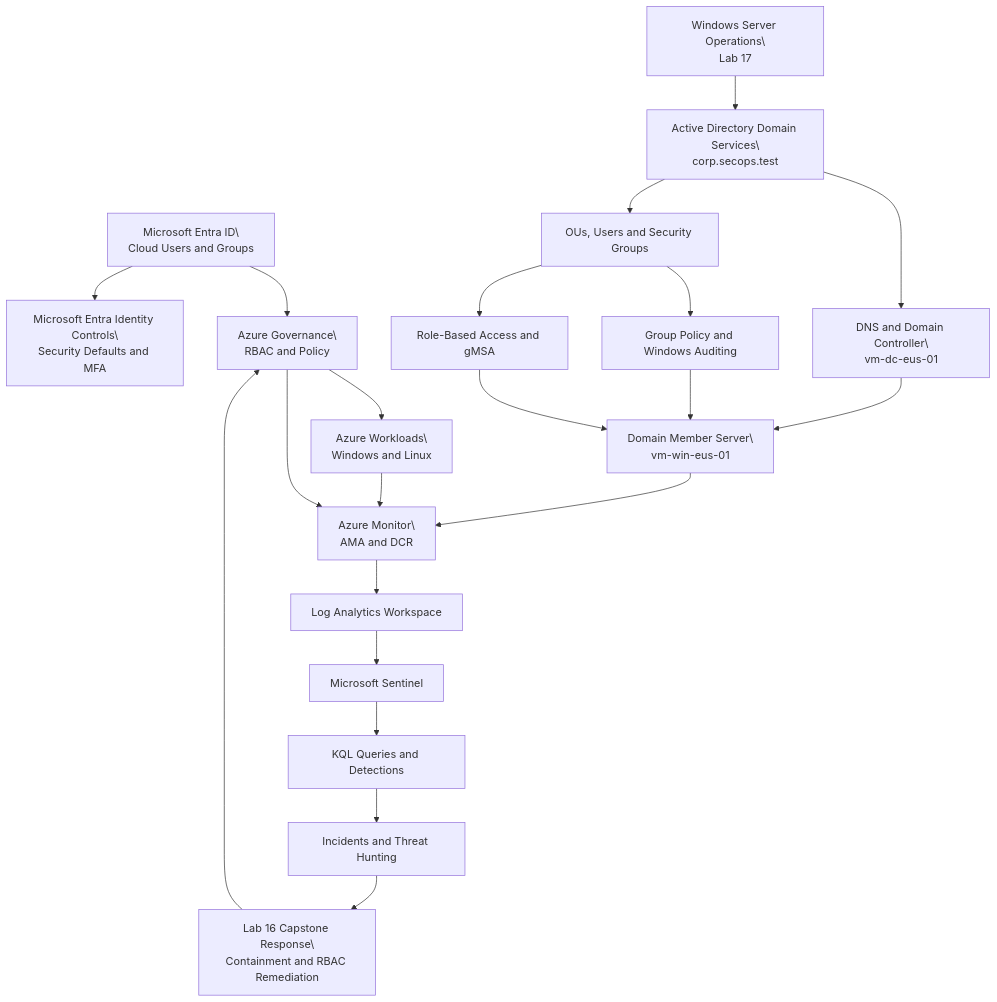
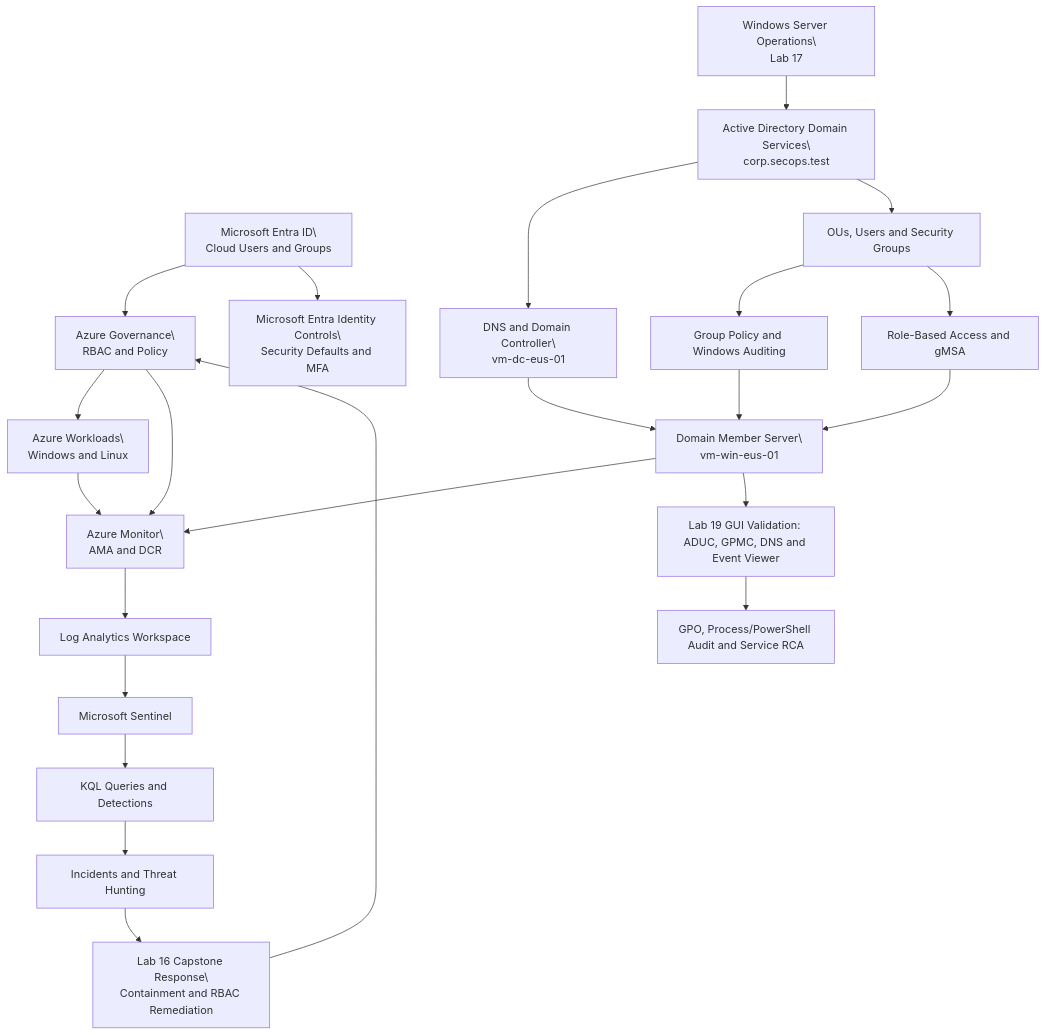
Before and after one commit to Walber2903/azure-security-operations-lab: the diagram in README.md, drawn with Mermaid. The commit also changed other lines of this file, not shown here.

````diff
--- a/README.md
+++ b/README.md
@@ -255,46 +255,50 @@
 ```mermaid
 
 flowchart TD
 
     A["Microsoft Entra ID\<br/>Cloud Users and Groups"]
     B["Azure Governance\<br/>RBAC and Policy"]
     C["Azure Workloads\<br/>Windows and Linux"]
     D["Azure Monitor\<br/>AMA and DCR"]
     E["Log Analytics Workspace"]
     F["Microsoft Sentinel"]
     G["KQL Queries and Detections"]
     H["Incidents and Threat Hunting"]
     I["Microsoft Entra Identity Controls\<br/>Security Defaults and MFA"]
     J["Lab 16 Capstone Response\<br/>Containment and RBAC Remediation"]
 
     K["Windows Server Operations\<br/>Lab 17"]
     L["Active Directory Domain Services\<br/>corp.secops.test"]
     M["DNS and Domain Controller\<br/>vm-dc-eus-01"]
     N["Domain Member Server\<br/>vm-win-eus-01"]
     O["OUs, Users and Security Groups"]
     P["Group Policy and Windows Auditing"]
     Q["Role-Based Access and gMSA"]
+    R["Lab 19 GUI Validation: ADUC, GPMC, DNS and Event Viewer"]
+    S["GPO, Process/PowerShell Audit and Service RCA"]
 
     A --> B
     A --> I
     B --> C
     C --> D
     B --> D
     D --> E
     E --> F
     F --> G
     G --> H
     H --> J
     J --> B
 
     K --> L
     L --> M
     M --> N
     L --> O
     O --> P
     O --> Q
     P --> N
     Q --> N
     N --> D
+    N --> R
+    R --> S
 
 ```
````
